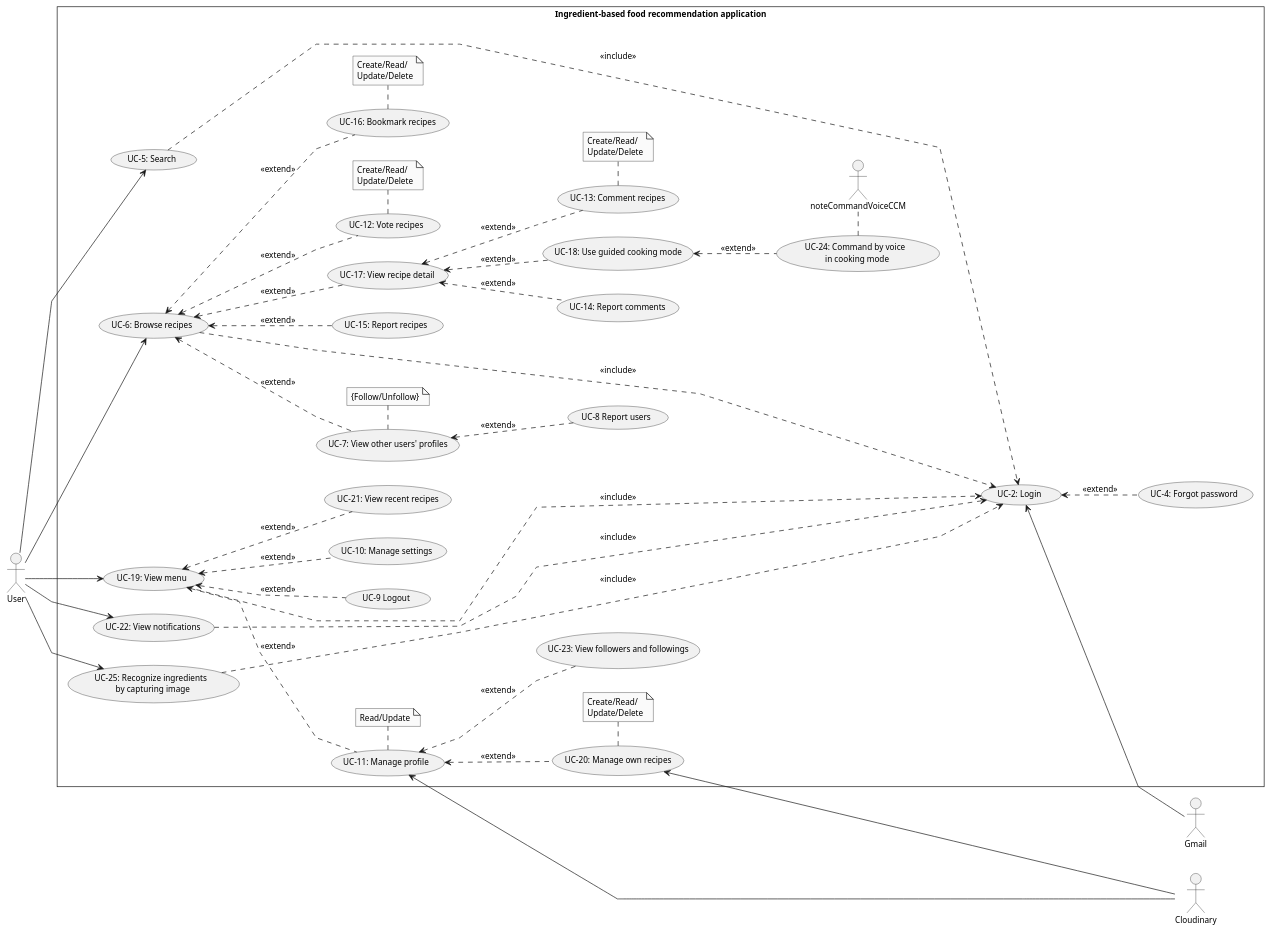
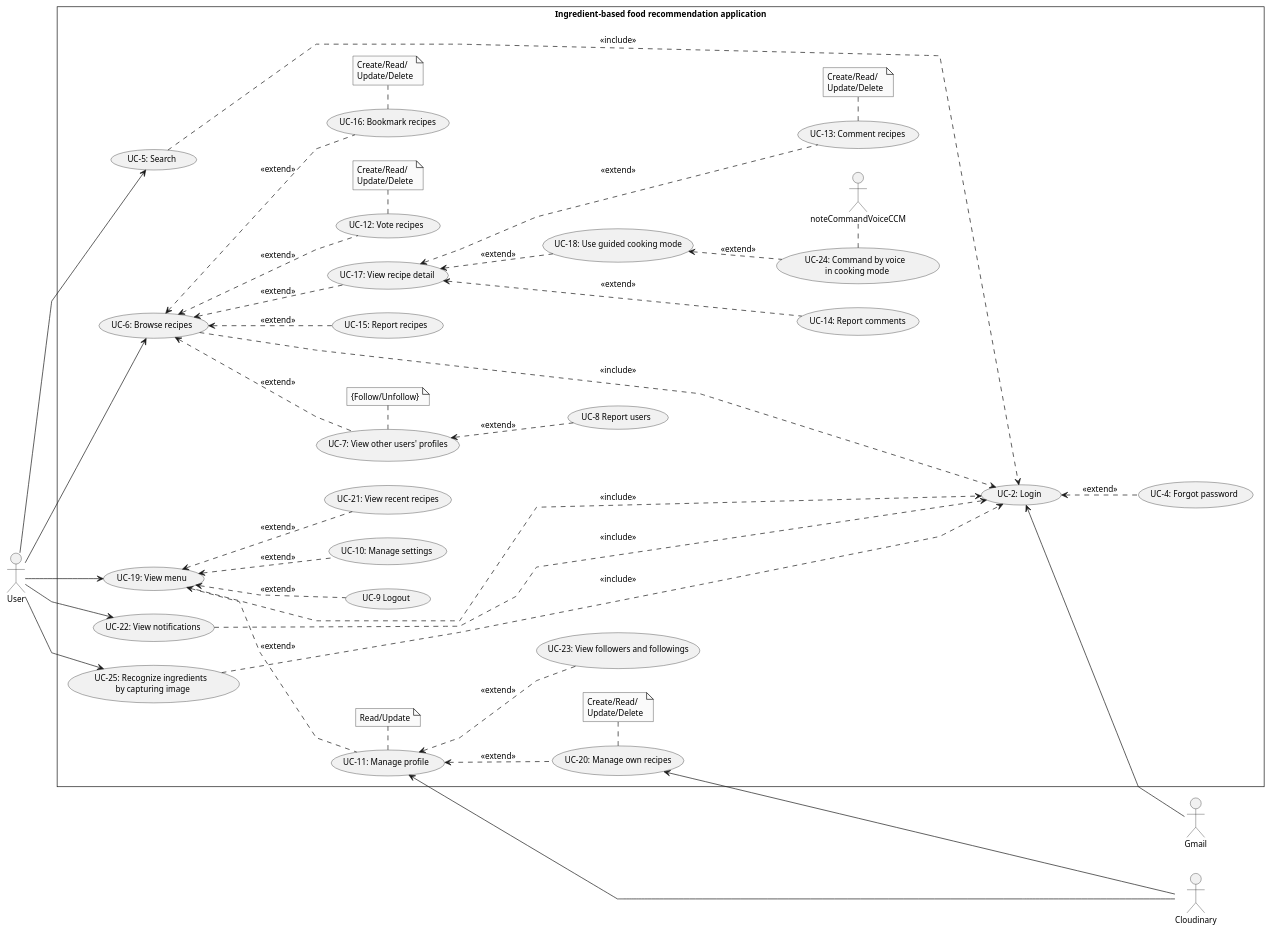
The diagram in doc/SRS/Usecase/UserUsecase/UserUsecase.plantuml (Carl-Johnsons/tastopia), drawn with PlantUML before and after one commit.

Commit message:
doc: update user use case

```diff
--- a/doc/SRS/Usecase/UserUsecase/UserUsecase.plantuml
+++ b/doc/SRS/Usecase/UserUsecase/UserUsecase.plantuml
@@ -1,96 +1,96 @@
 @startuml UserUsecase
 skinparam style strictuml
 skinparam monochrome true
 skinparam linetype polyline
 skinparam defaultFontSize 12
 left to right direction
 actor "User" as user
 actor "Gmail" as gmail
 actor "Cloudinary" as cl
 
 rectangle Ingredient-based<U+0020>food<U+0020>recommendation<U+0020>application {
     usecase "UC-2: Login" as ucLogin
     usecase "UC-4: Forgot password" as ucForgotPassword
     usecase "UC-8 Report users" as ucReportUser
     usecase "UC-9 Logout" as ucLogout
     usecase "UC-10: Manage settings" as ucManageSetting
     usecase "UC-11: Manage profile" as ucManageProfile
 
     usecase "UC-5: Search" as ucSearch
     usecase "UC-6: Browse recipes" as ucBrowseRecipes
     usecase "UC-12: Vote recipes" as ucVoteRecipe
     usecase "UC-13: Comment recipes" as ucCmtRecipe
     usecase "UC-14: Report comments" as ucReportComment
     usecase "UC-15: Report recipes" as ucReportRecipe
     usecase "UC-16: Bookmark recipes" as ucBookmarkRecipe
     usecase "UC-17: View recipe detail" as ucViewRecipeDetail
     usecase "UC-18: Use guided cooking mode" as ucGuidedCCM
     usecase "UC-7: View other users' profiles" as ucViewUSProfile
 
     usecase "UC-19: View menu" as ucViewMenu
     usecase "UC-20: Manage own recipes" as ucManageRecipe
     usecase "UC-21: View recent recipes" as ucViewRecentRecipes
 
     usecase "UC-22: View notifications" as ucViewNotif
     usecase "UC-23: View followers and followings" as ucViewFollow
 
     note "Create/Read/\nUpdate/Delete" as noteManageRecipe
     note "Read/Update" as noteManageProfile
     note "Create/Read/\nUpdate/Delete" as noteVoteRecipe
     note "Create/Read/\nUpdate/Delete" as noteCmtRecipe
     note "Create/Read/\nUpdate/Delete" as noteBookmarkRecipe
     note "{Follow/Unfollow}" as noteViewUSProfile
 
     user --> ucSearch
 
     user --> ucBrowseRecipes
         ucBrowseRecipes <.. ucVoteRecipe : <<extend>>
             ucVoteRecipe . noteVoteRecipe
         ucBrowseRecipes <.. ucReportRecipe : <<extend>>
         ucBrowseRecipes <.. ucViewRecipeDetail : <<extend>>
-            ucViewRecipeDetail <.. ucCmtRecipe : <<extend>>
+            ucViewRecipeDetail <... ucCmtRecipe : <<extend>>
                 ucCmtRecipe . noteCmtRecipe
-            ucViewRecipeDetail <.. ucReportComment : <<extend>>
+            ucViewRecipeDetail <... ucReportComment : <<extend>>
             ucViewRecipeDetail <.. ucGuidedCCM : <<extend>>
         ucBrowseRecipes <.. ucBookmarkRecipe : <<extend>>
             ucBookmarkRecipe . noteBookmarkRecipe
         ucBrowseRecipes <.. ucViewUSProfile : <<extend>>
             ucViewUSProfile . noteViewUSProfile
             ucViewUSProfile <.. ucReportUser : <<extend>>
 
     user --> ucViewMenu
         ucViewMenu <.. ucManageProfile : <<extend>>
             ucManageProfile . noteManageProfile
             ucManageProfile <.. ucManageRecipe : <<extend>>
             ucManageProfile <.. ucViewFollow : <<extend>>
                 ucManageRecipe . noteManageRecipe
         ucViewMenu <.. ucManageSetting : <<extend>>
         ucViewMenu <.. ucViewRecentRecipes : <<extend>>
         ucViewMenu <.. ucLogout : <<extend>>
 
     user --> ucViewNotif
     
     gmail -up-> ucLogin
     cl --up--> ucManageProfile
     cl --up--> ucManageRecipe
 
     ucSearch .....> ucLogin : <<include>>
     ucBrowseRecipes .....> ucLogin : <<include>>
     ucViewMenu .....> ucLogin : <<include>>
     ucViewNotif .....>ucLogin : <<include>>
     ucLogin <.. ucForgotPassword : <<extend>>
 
 
     usecase "UC-24: Command by voice \n in cooking mode" as ucCommandVoiceCCM
     usecase "UC-25: Recognize ingredients \n by capturing image" as ucRecognizeIngre
 
 
     user --> ucRecognizeIngre
     ucGuidedCCM <.. ucCommandVoiceCCM : <<extend>>
         ucCommandVoiceCCM . noteCommandVoiceCCM
 
     ucRecognizeIngre .....> ucLogin : <<include>>
 
 }
 
 @enduml
```
